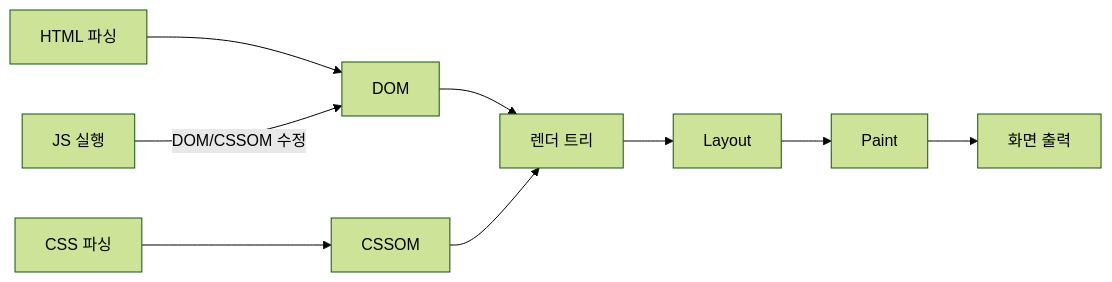
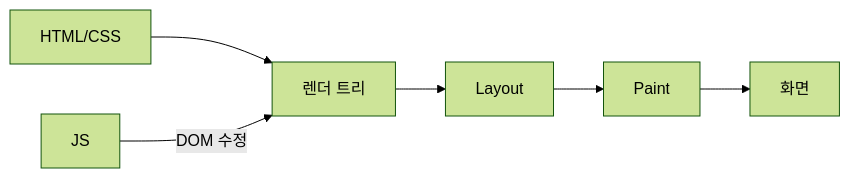
Before and after one commit to yjkim2015/yjkim2015.github.io: the first of 10 diagrams in _posts/frontend/2026-05-02-browser-rendering.md, drawn with Mermaid (forest theme). The commit also changed other lines of this file and 163 other files, not shown here.

First line of the commit message:
Mermaid 300개 블록 내용 축소: 5노드 5엣지 이하, 의미 있는 약어

````diff
--- a/_posts/frontend/2026-05-02-browser-rendering.md
+++ b/_posts/frontend/2026-05-02-browser-rendering.md
@@ -29,10 +29,8 @@
 ```mermaid
-flowchart LR
-    HTML["HTML 파싱"] --> DOM["DOM"]
-    CSS["CSS 파싱"] --> CSSOM["CSSOM"]
-    DOM & CSSOM --> RT["렌더 트리"]
+graph LR
+    HTML["HTML/CSS"] --> RT["렌더 트리"]
+    JS["JS"] -->|"DOM 수정"| RT
     RT --> L["Layout"]
     L --> P["Paint"]
-    P --> SCREEN["화면 출력"]
-    JS["JS 실행"] -->|"DOM/CSSOM 수정"| DOM
+    P --> SCREEN["화면"]
 ```
````
